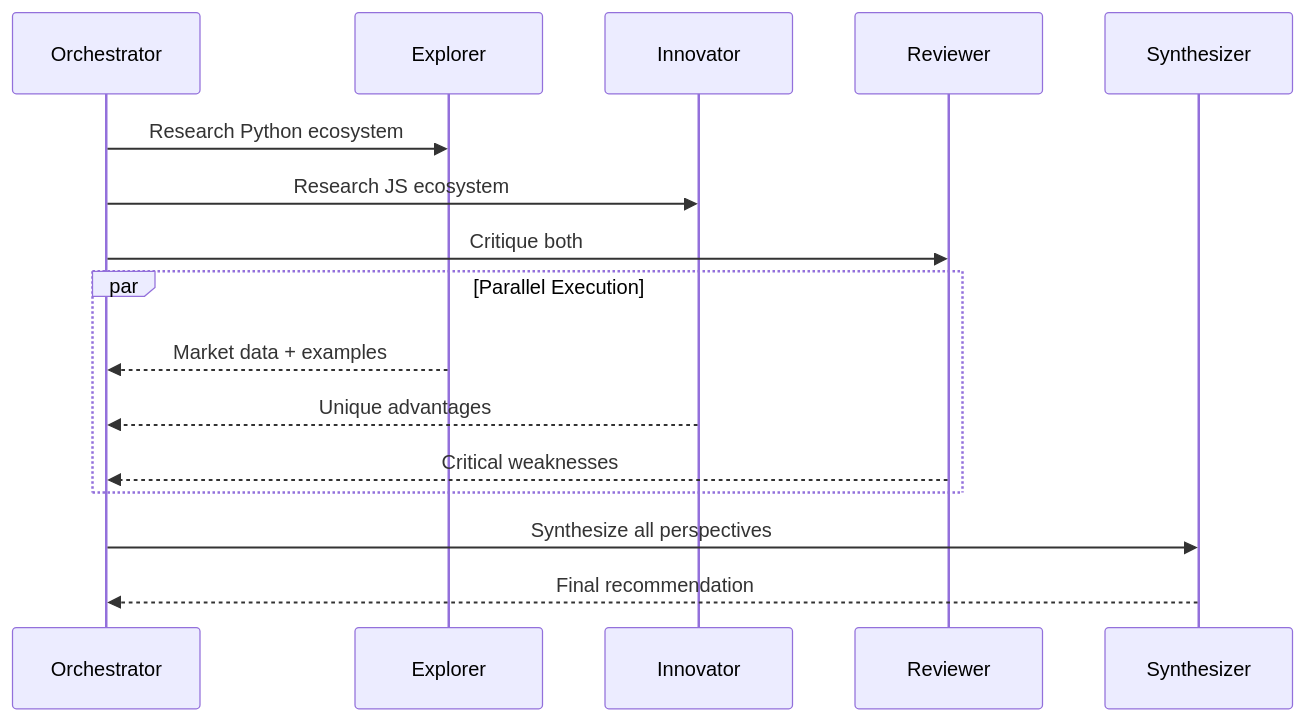
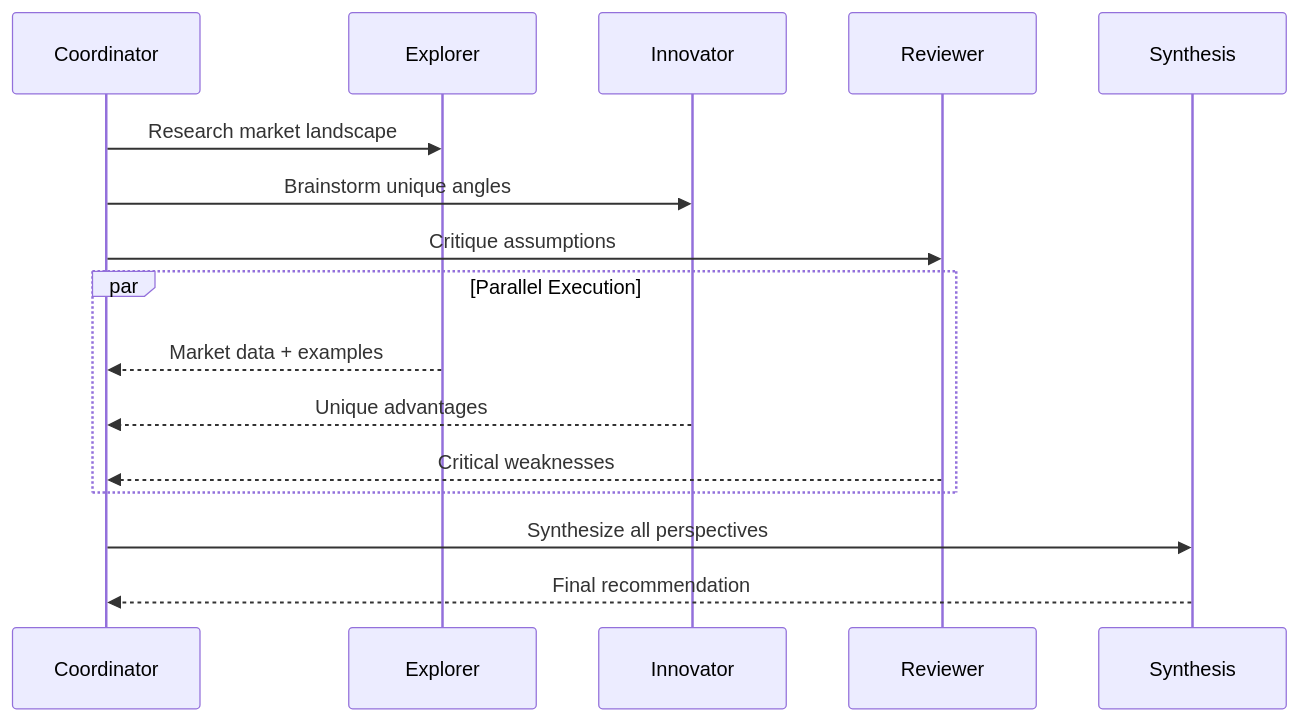
The third of 3 diagrams in SWARM-TEST-002-MEDIUM.md (MohamedNamper333/swarm-agent), drawn with Mermaid before and after one commit. The commit also changed other lines of this file and 16 other files, not shown here.

````diff
--- a/SWARM-TEST-002-MEDIUM.md
+++ b/SWARM-TEST-002-MEDIUM.md
@@ -93,19 +110,19 @@
 ```mermaid
 sequenceDiagram
-    participant O as Orchestrator
+    participant C as Coordinator
     participant E as Explorer
     participant I as Innovator
     participant R as Reviewer
-    participant S as Synthesizer
+    participant S as Synthesis
     
-    O->>E: Research Python ecosystem
-    O->>I: Research JS ecosystem
-    O->>R: Critique both
+    C->>E: Research market landscape
+    C->>I: Brainstorm unique angles
+    C->>R: Critique assumptions
     par Parallel Execution
-        E-->>O: Market data + examples
-        I-->>O: Unique advantages
-        R-->>O: Critical weaknesses
+        E-->>C: Market data + examples
+        I-->>C: Unique advantages
+        R-->>C: Critical weaknesses
     end
-    O->>S: Synthesize all perspectives
-    S-->>O: Final recommendation
+    C->>S: Synthesize all perspectives
+    S-->>C: Final recommendation
 ```
````
